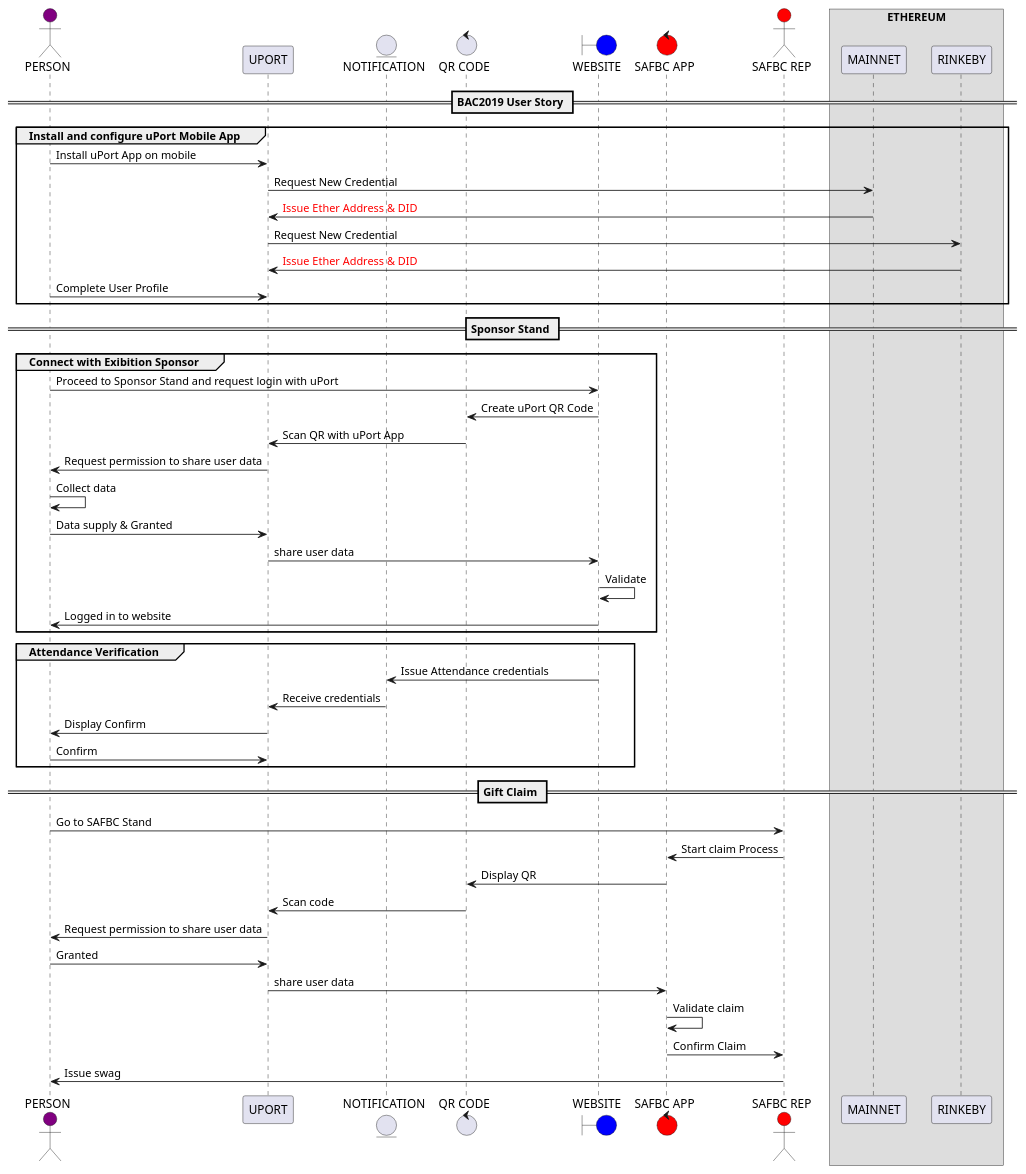
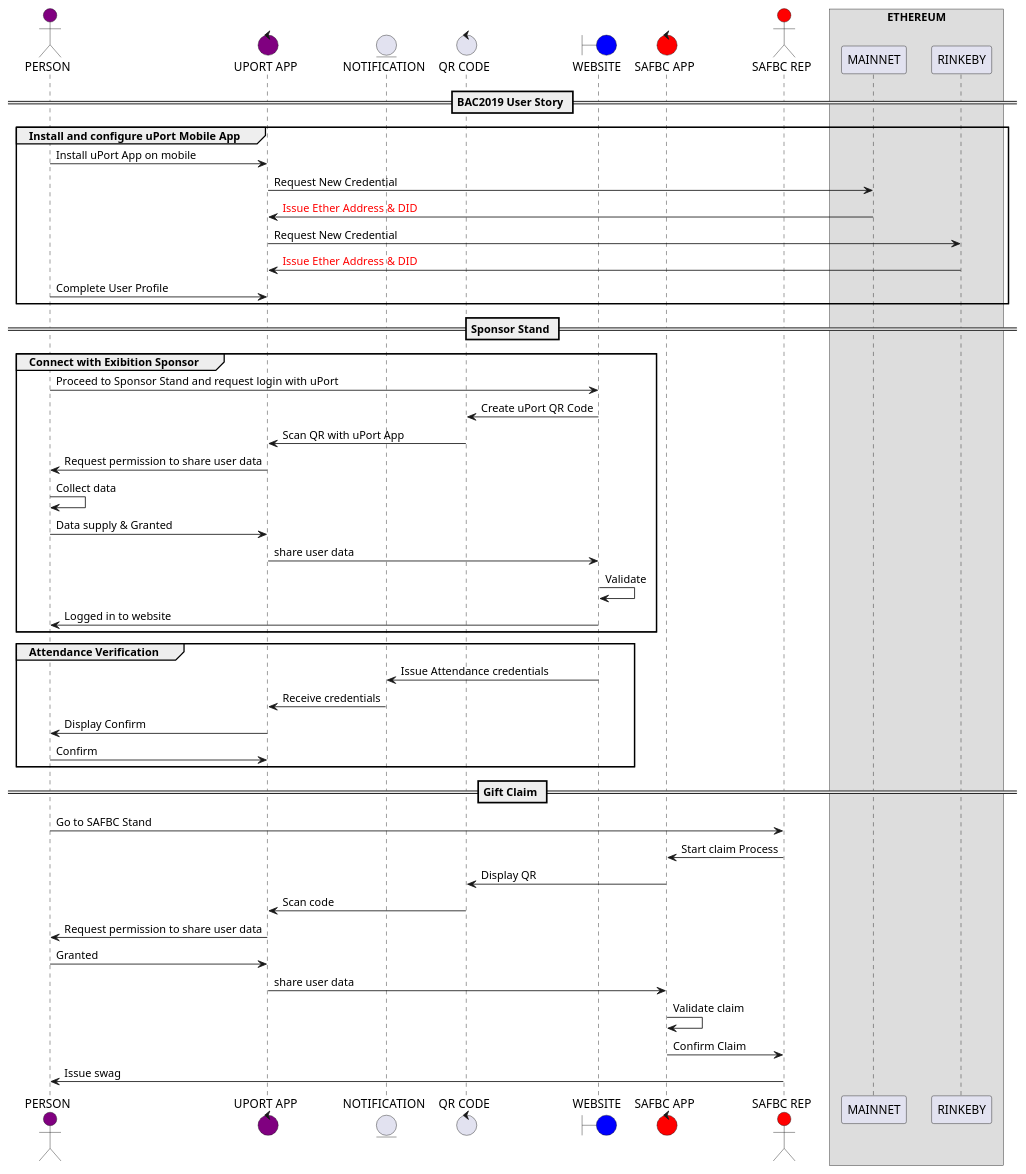
Before and after one commit to safbc/ssi-uport: the diagram in docs/delegate-journey.puml, drawn with PlantUML.

```diff
--- a/docs/delegate-journey.puml
+++ b/docs/delegate-journey.puml
@@ -1,66 +1,66 @@
 @startuml
 skinparam ParticipantPadding 10
 skinparam BoxPadding 10
 
 
 == BAC2019 User Story ==
 
 group Install and configure uPort Mobile App
 
 actor PERSON #purple
-PERSON -> UPORT         : Install uPort App on mobile
+control "UPORT APP" as UPORT #purple
 entity NOTIFICATION
 control "QR CODE" as QR
 boundary WEBSITE #blue
 control "SAFBC APP" as SAFBC #red
 actor "SAFBC REP" as REP #red
 
-
+PERSON -> UPORT         : Install uPort App on mobile
 
 box "ETHEREUM"
 UPORT -> MAINNET #blue  : Request New Credential
 MAINNET -> UPORT        : <color:red>Issue Ether Address & DID</color>
 UPORT -> RINKEBY #grey  : Request New Credential
 RINKEBY -> UPORT        : <color:red>Issue Ether Address & DID</color>
 end box
 
 PERSON -> UPORT : Complete User Profile
 end group
 
 == Sponsor Stand ==
 
 group Connect with Exibition Sponsor
 PERSON -> WEBSITE       : Proceed to Sponsor Stand and request login with uPort
 WEBSITE -> QR           : Create uPort QR Code
 QR -> UPORT             : Scan QR with uPort App
 UPORT -> PERSON         : Request permission to share user data
 PERSON -> PERSON        : Collect data
 PERSON -> UPORT         : Data supply & Granted
 UPORT -> WEBSITE        : share user data
 WEBSITE -> WEBSITE      : Validate
 WEBSITE -> PERSON       : Logged in to website
 end group
 
 group Attendance Verification
 
 WEBSITE -> NOTIFICATION : Issue Attendance credentials
 NOTIFICATION -> UPORT   : Receive credentials
 UPORT -> PERSON         : Display Confirm
 PERSON -> UPORT         : Confirm
 end group
 
 == Gift Claim ==
 
 PERSON -> REP           : Go to SAFBC Stand
 REP -> SAFBC            : Start claim Process
 SAFBC -> QR             : Display QR
 QR -> UPORT             : Scan code
 UPORT -> PERSON         : Request permission to share user data
 PERSON -> UPORT         : Granted
 UPORT -> SAFBC          : share user data
 SAFBC -> SAFBC          : Validate claim
 SAFBC -> REP            : Confirm Claim
 REP -> PERSON           : Issue swag
 
 
 @enduml
```
